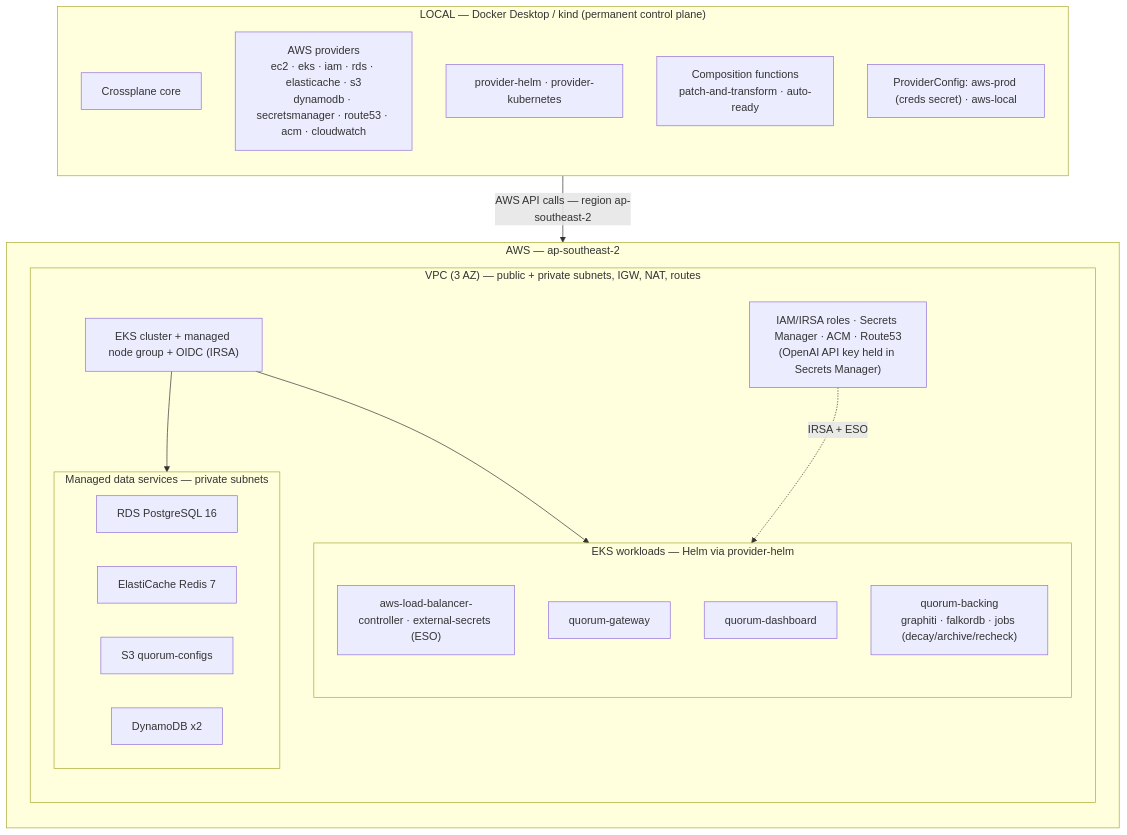
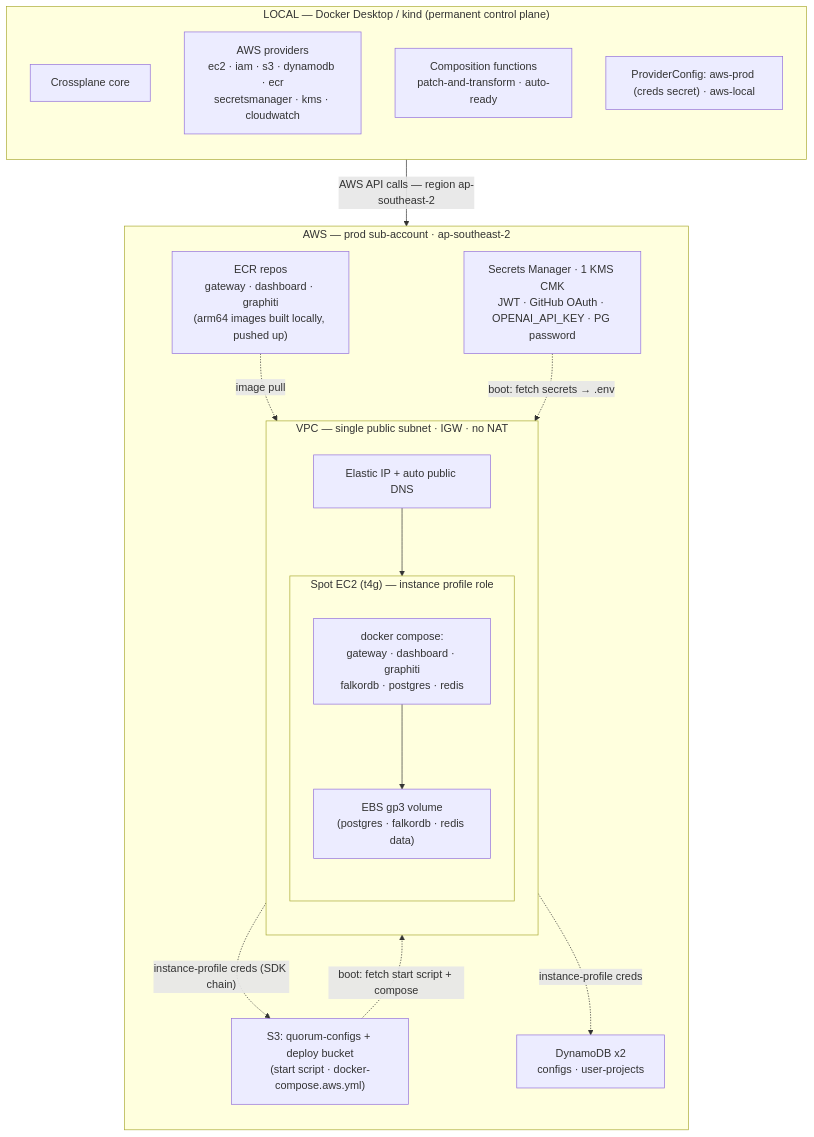
One commit to ayansasmal/quorum changed the first of 3 diagrams in docs/superpowers/specs/2026-06-11-quorum-aws-crossplane-deployment-design.md. Above: the diagram before and after it, drawn with Mermaid. The commit also changed other lines of this file, not shown here.

First line of the commit message:
docs(crossplane): pivot from eks to single spot ec2 + docker compose

````diff
--- a/docs/superpowers/specs/2026-06-11-quorum-aws-crossplane-deployment-design.md
+++ b/docs/superpowers/specs/2026-06-11-quorum-aws-crossplane-deployment-design.md
@@ -62,40 +76,37 @@
 ```mermaid
 flowchart TB
     subgraph LOCAL["LOCAL — Docker Desktop / kind (permanent control plane)"]
         direction TB
         XP["Crossplane core"]
-        PROV["AWS providers<br/>ec2 · eks · iam · rds · elasticache · s3<br/>dynamodb · secretsmanager · route53 · acm · cloudwatch"]
-        DELIV["provider-helm · provider-kubernetes"]
+        PROV["AWS providers<br/>ec2 · iam · s3 · dynamodb · ecr<br/>secretsmanager · kms · cloudwatch"]
         FN["Composition functions<br/>patch-and-transform · auto-ready"]
         PC["ProviderConfig: aws-prod (creds secret) · aws-local"]
     end
 
     LOCAL -->|"AWS API calls — region ap-southeast-2"| AWS
 
-    subgraph AWS["AWS — ap-southeast-2"]
+    subgraph AWS["AWS — prod sub-account · ap-southeast-2"]
         direction TB
-        subgraph VPC["VPC (3 AZ) — public + private subnets, IGW, NAT, routes"]
+        ECR["ECR repos<br/>gateway · dashboard · graphiti<br/>(arm64 images built locally, pushed up)"]
+        S3D["S3: quorum-configs + deploy bucket<br/>(start script · docker-compose.aws.yml)"]
+        DDB["DynamoDB x2<br/>configs · user-projects"]
+        SM["Secrets Manager · 1 KMS CMK<br/>JWT · GitHub OAuth · OPENAI_API_KEY · PG password"]
+        subgraph VPC["VPC — single public subnet · IGW · no NAT"]
             direction TB
-            EKS["EKS cluster + managed node group + OIDC (IRSA)"]
-            subgraph DATA["Managed data services — private subnets"]
-                direction LR
-                RDS["RDS PostgreSQL 16"]
-                REDIS["ElastiCache Redis 7"]
-                S3["S3 quorum-configs"]
-                DDB["DynamoDB x2"]
-            end
-            IAM["IAM/IRSA roles · Secrets Manager · ACM · Route53<br/>(OpenAI API key held in Secrets Manager)"]
-            subgraph WL["EKS workloads — Helm via provider-helm"]
+            EIP["Elastic IP + auto public DNS"]
+            subgraph EC2["Spot EC2 (t4g) — instance profile role"]
                 direction TB
-                ADDON["aws-load-balancer-controller · external-secrets (ESO)"]
-                GW["quorum-gateway"]
-                DASH["quorum-dashboard"]
-                BACK["quorum-backing<br/>graphiti · falkordb · jobs (decay/archive/recheck)"]
+                COMPOSE["docker compose:<br/>gateway · dashboard · graphiti<br/>falkordb · postgres · redis"]
+                EBS["EBS gp3 volume<br/>(postgres · falkordb · redis data)"]
             end
         end
     end
 
-    EKS --> DATA
-    EKS --> WL
-    IAM -.->|"IRSA + ESO"| WL
+    EIP --> EC2
+    ECR -.->|"image pull"| COMPOSE
+    S3D -.->|"boot: fetch start script + compose"| EC2
+    SM -.->|"boot: fetch secrets → .env"| EC2
+    COMPOSE -.->|"instance-profile creds (SDK chain)"| S3D
+    COMPOSE -.->|"instance-profile creds"| DDB
+    COMPOSE --> EBS
 ```
````
